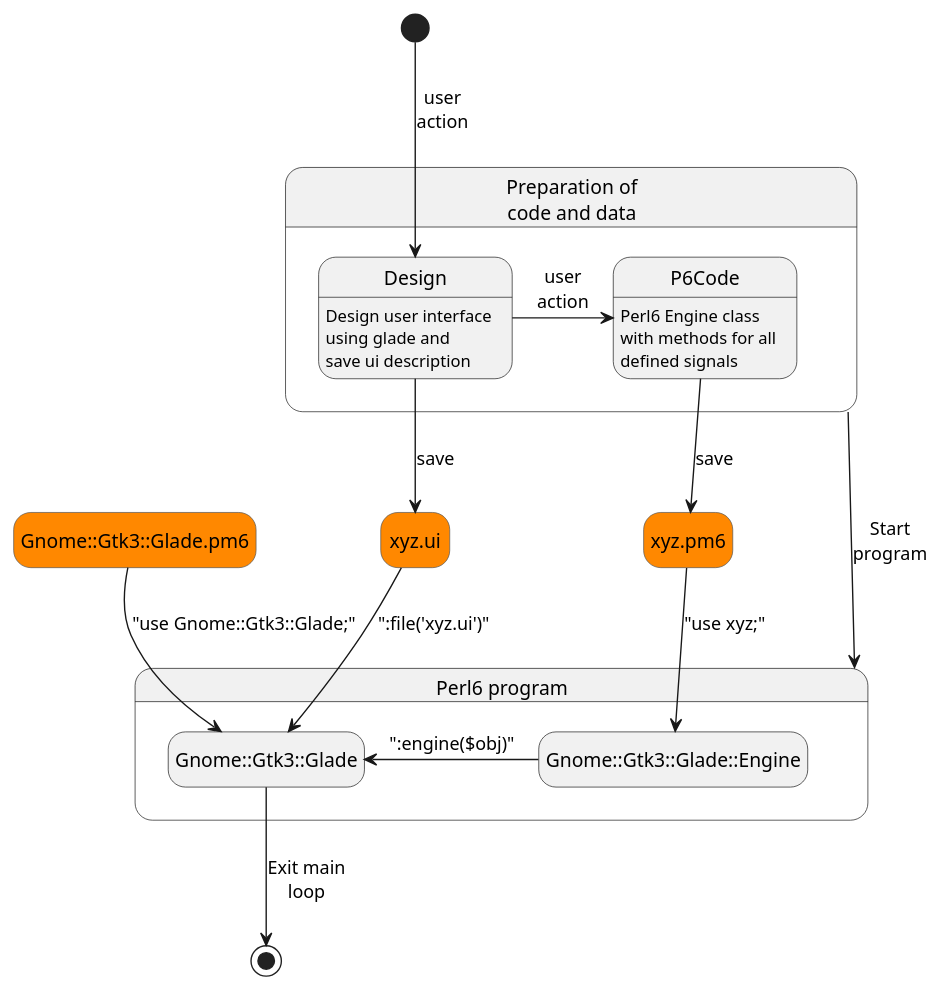
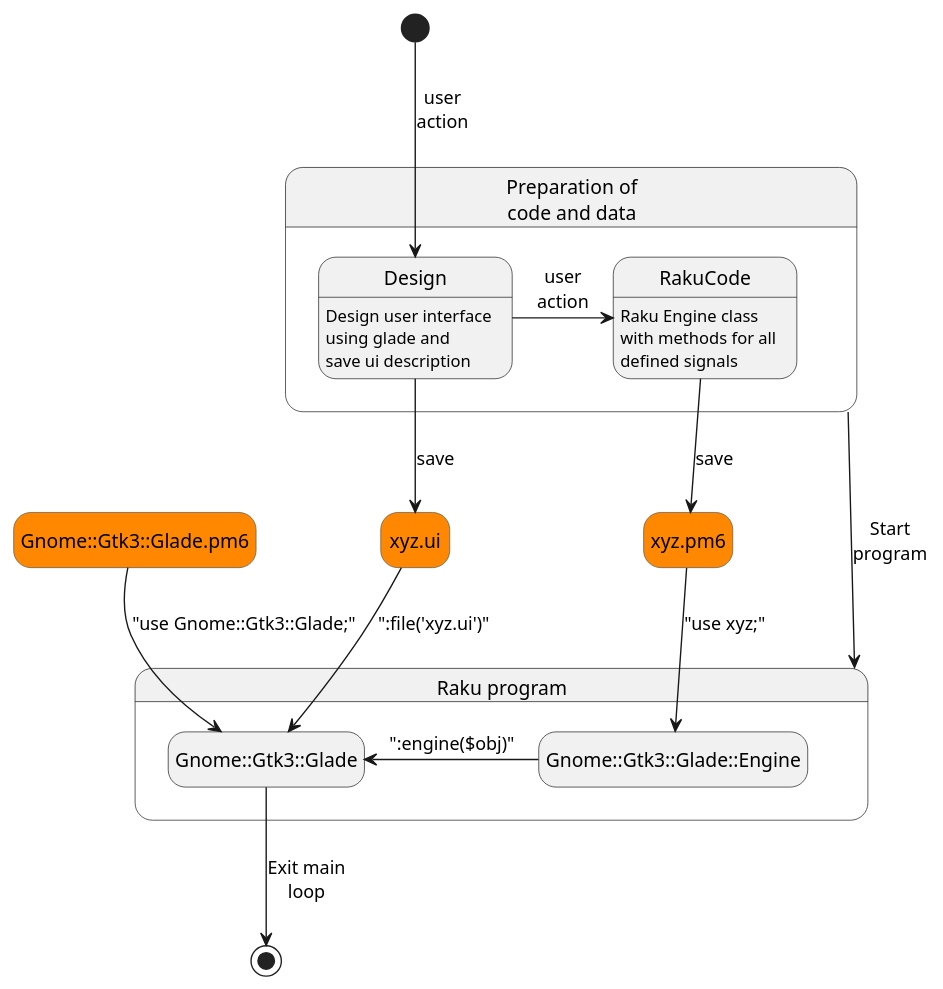
The first of 2 diagrams in doc/design-docs/Design.md (MARTIMM/gnome-glade3), drawn with PlantUML before and after one commit. The commit also changed 7 other files, not shown here.

Commit message:
All texts Perl\s*6 or p6 is renamed to Raku or raku depending on use

````diff
--- a/doc/design-docs/Design.md
+++ b/doc/design-docs/Design.md
@@ -5,47 +5,47 @@
 ```plantuml
 'title Design and use of code
 hide empty description
 
 skinparam state {
   BackgroundColor<<file>> #ff8800
   BorderColor<<file>> #555555
 }
 
 
 state "xyz.ui" as gladeFile <<file>>
 state "xyz.pm6" as perlModule <<file>>
 state "Gnome::Gtk3::Glade.pm6" as perlLibModule <<file>>
 
 
 '[*] --> Prepare
 state "Preparation of\ncode and data" as Prepare {
 
   Design: Design user interface\nusing glade and\nsave ui description
   Design --> gladeFile: save
 
-  Design -> P6Code: user\naction
-  P6Code --> perlModule: save
-  P6Code: Perl6 Engine class\nwith methods for all\ndefined signals
+  Design -> RakuCode: user\naction
+  RakuCode --> perlModule: save
+  RakuCode: Raku Engine class\nwith methods for all\ndefined signals
 
-  'P6Code -> [*]
+  'RakuCode -> [*]
 }
 
 [*] --> Design: user\naction
 
 
-state "Perl6 program" as P6CodeFlow {
+state "Raku program" as RakuCodeFlow {
   state "Gnome::Gtk3::Glade" as GTKGlade
   state "Gnome::Gtk3::Glade::Engine" as Engine
 
   '[*] -> Engine
   perlLibModule --> GTKGlade: "use Gnome::Gtk3::Glade;"
   gladeFile --> GTKGlade: ":file('xyz.ui')"
   perlModule --> Engine: "use xyz;"
   Engine -> GTKGlade: ":engine($obj)"
   'GTKGlade -> [*]: Exit main\nloop
 }
 
-Prepare --> P6CodeFlow: Start\nprogram
-'P6CodeFlow --> [*]
+Prepare --> RakuCodeFlow: Start\nprogram
+'RakuCodeFlow --> [*]
 GTKGlade --> [*]: Exit main\nloop
 ```
````
